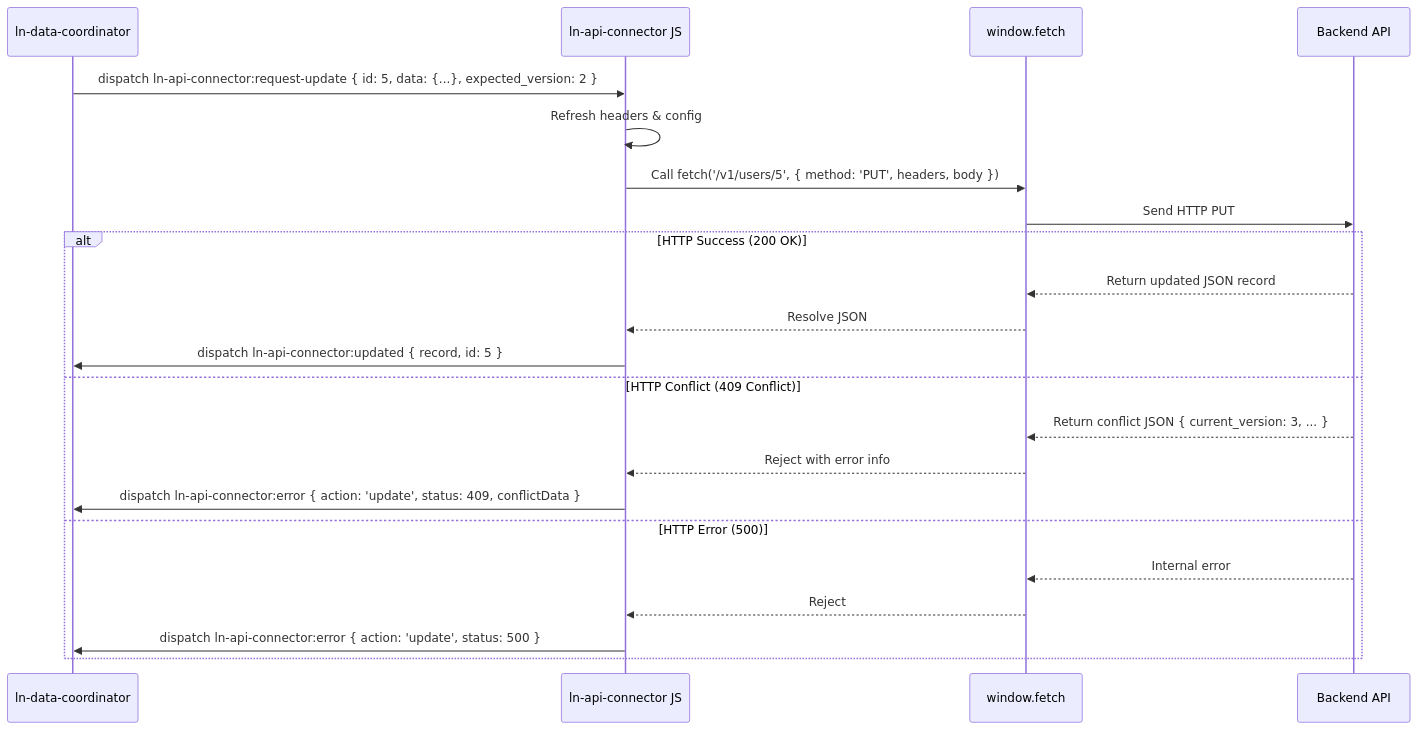
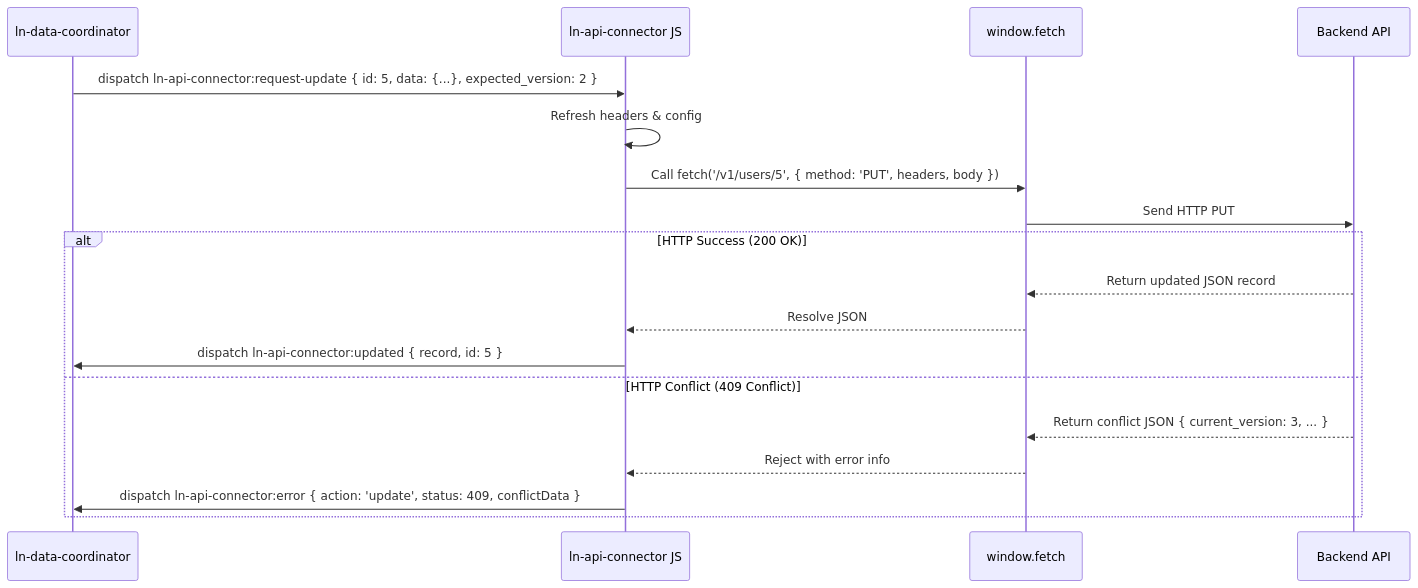
The diagram in architecture_docs_draft/components/ln-api-connector.md (livenetworks/ln-ashlar), drawn with Mermaid before and after one commit. The commit also changed other lines of this file and 12 other files, not shown here.

````diff
--- a/architecture_docs_draft/components/ln-api-connector.md
+++ b/architecture_docs_draft/components/ln-api-connector.md
@@ -103,26 +90,22 @@
 ```mermaid
 sequenceDiagram
     participant Coordinator as ln-data-coordinator
     participant Connector as ln-api-connector JS
     participant Fetch as window.fetch
     participant Server as Backend API
 
     Coordinator->>Connector: dispatch ln-api-connector:request-update { id: 5, data: {...}, expected_version: 2 }
     Connector->>Connector: Refresh headers & config
     Connector->>Fetch: Call fetch('/v1/users/5', { method: 'PUT', headers, body })
     Fetch->>Server: Send HTTP PUT
     
     alt HTTP Success (200 OK)
         Server-->>Fetch: Return updated JSON record
         Fetch-->>Connector: Resolve JSON
         Connector->>Coordinator: dispatch ln-api-connector:updated { record, id: 5 }
     else HTTP Conflict (409 Conflict)
         Server-->>Fetch: Return conflict JSON { current_version: 3, ... }
         Fetch-->>Connector: Reject with error info
         Connector->>Coordinator: dispatch ln-api-connector:error { action: 'update', status: 409, conflictData }
-    else HTTP Error (500)
-        Server-->>Fetch: Internal error
-        Fetch-->>Connector: Reject
-        Connector->>Coordinator: dispatch ln-api-connector:error { action: 'update', status: 500 }
     end
 ```
````
